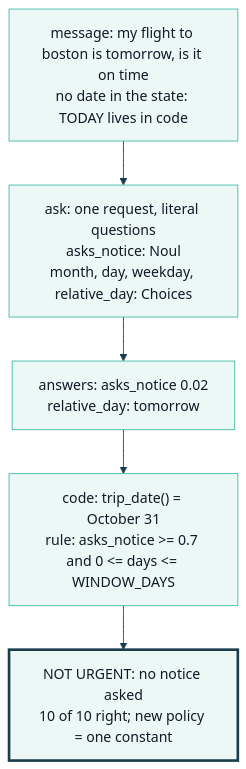
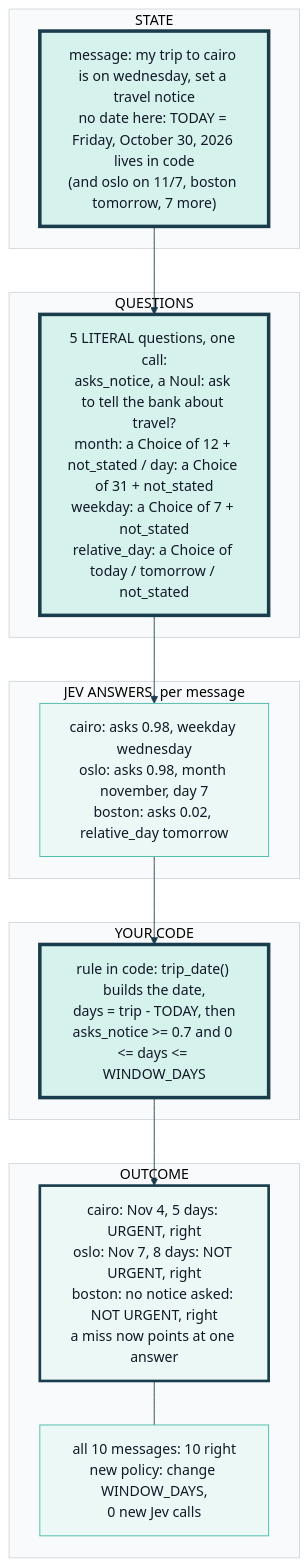
Before and after one commit to axel-sirota/getting_started_jev: the diagram in course/diagrams/module_02/p1-solution-literal-questions.mmd, drawn with Mermaid. The commit also changed 31 other files, not shown here.

Commit message:
Module 2: notebooks and diagrams

```diff
--- a/course/diagrams/module_02/p1-solution-literal-questions.mmd
+++ b/course/diagrams/module_02/p1-solution-literal-questions.mmd
@@ -1,7 +1,28 @@
 %%{init: {"theme": "base", "themeVariables": {"fontFamily": "Inter, sans-serif", "primaryColor": "#ECF8F6", "primaryBorderColor": "#40B8A6", "primaryTextColor": "#111827", "lineColor": "#1A3D4D", "secondaryColor": "#F9FAFB", "tertiaryColor": "#FFFFFF", "clusterBkg": "#F9FAFB", "clusterBorder": "#D1D5DB", "actorBkg": "#ECF8F6", "actorBorder": "#40B8A6", "noteBkgColor": "#FFF6DA", "noteBorderColor": "#E0B84C"}}}%%
 flowchart TD
-  M["message: my flight to boston is tomorrow, is it on time<br/>no date in the state: TODAY lives in code"] --> Q["ask: one request, literal questions<br/>asks_notice: Noul<br/>month, day, weekday, relative_day: Choices"]
-  Q --> A["answers: asks_notice 0.02<br/>relative_day: tomorrow"]
-  A --> C["code: trip_date() = October 31<br/>rule: asks_notice >= 0.7 and 0 <= days <= WINDOW_DAYS"]
-  C --> D["NOT URGENT: no notice asked<br/>10 of 10 right; new policy = one constant"]
-  style D stroke:#1A3D4D,stroke-width:3px
+  subgraph STATE["STATE"]
+    S["message: my trip to cairo is on wednesday, set a travel notice<br/>no date here: TODAY = Friday, October 30, 2026 lives in code<br/>(and oslo on 11/7, boston tomorrow, 7 more)"]
+  end
+  subgraph QUESTIONS["QUESTIONS"]
+    Q["5 LITERAL questions, one call:<br/>asks_notice, a Noul: ask to tell the bank about travel?<br/>month: a Choice of 12 + not_stated / day: a Choice of 31 + not_stated<br/>weekday: a Choice of 7 + not_stated<br/>relative_day: a Choice of today / tomorrow / not_stated"]
+  end
+  subgraph ANSWERS["JEV ANSWERS, per message"]
+    A["cairo: asks 0.98, weekday wednesday<br/>oslo: asks 0.98, month november, day 7<br/>boston: asks 0.02, relative_day tomorrow"]
+  end
+  subgraph CODE["YOUR CODE"]
+    C["rule in code: trip_date() builds the date,<br/>days = trip - TODAY, then<br/>asks_notice >= 0.7 and 0 <= days <= WINDOW_DAYS"]
+  end
+  subgraph OUTCOME["OUTCOME"]
+    O["cairo: Nov 4, 5 days: URGENT, right<br/>oslo: Nov 7, 8 days: NOT URGENT, right<br/>boston: no notice asked: NOT URGENT, right<br/>a miss now points at one answer"]
+    R["all 10 messages: 10 right<br/>new policy: change WINDOW_DAYS,<br/>0 new Jev calls"]
+  end
+  S --> Q --> A --> C --> O
+  O --- R
+
+  classDef fail fill:#FDECEA,stroke:#B42318,stroke-width:4px
+  classDef changed fill:#D5F2EC,stroke:#1A3D4D,stroke-width:4px
+  classDef ok fill:#ECF8F6,stroke:#1A3D4D,stroke-width:3px
+  class S changed
+  class Q changed
+  class C changed
+  class O ok
```
